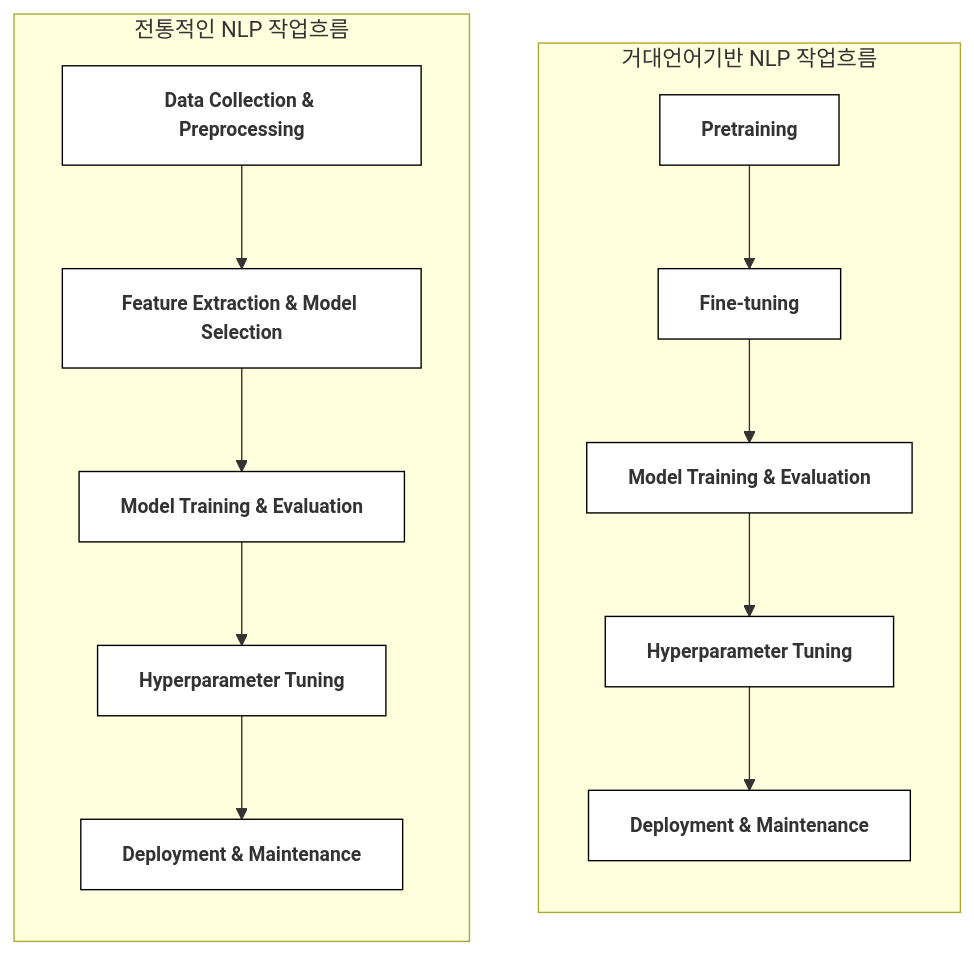
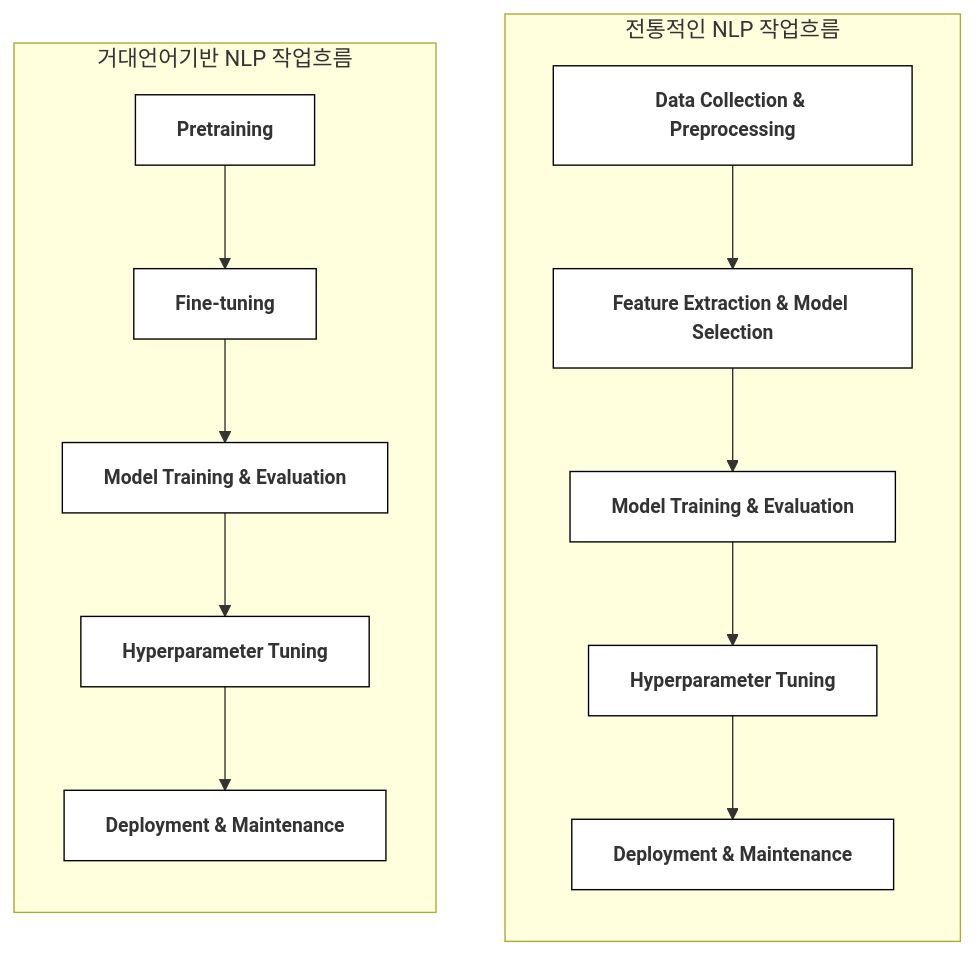
Before and after one commit to bit2r/chatGPT: the third of 4 diagrams in nlp_LLM.qmd, drawn with Mermaid. The commit also changed other lines of this file and 14 other files, not shown here.

````diff
--- a/nlp_LLM.qmd
+++ b/nlp_LLM.qmd
@@ -171,24 +176,24 @@
 ```{mermaid}
 graph TB
+
+subgraph "전통적인 NLP 작업흐름 <br>"
+direction TB
+  A1[Data Collection & Preprocessing] --> B1[Feature Extraction & Model Selection]
+  B1 --> C1[Model Training & Evaluation]
+  C1 --> D1[Hyperparameter Tuning]
+  D1 --> E1[Deployment & Maintenance]
+end
 
 subgraph "거대언어기반 NLP 작업흐름 <br>"
 direction TB
   A2[Pretraining] --> B2[Fine-tuning]
   B2 --> C2[Model Training & Evaluation]
   C2 --> D2[Hyperparameter Tuning]
   D2 --> E2[Deployment & Maintenance]
 end
 
-subgraph "전통적인 NLP 작업흐름 <br>"
-direction TB
-  A1[Data Collection & Preprocessing] --> B1[Feature Extraction & Model Selection]
-  B1 --> C1[Model Training & Evaluation]
-  C1 --> D1[Hyperparameter Tuning]
-  D1 --> E1[Deployment & Maintenance]
-end
-
 class A1,B1,C1,D1,E1,A2,B2,C2,D2,E2 nodeStyle
 
 classDef nodeStyle fill:#ffffff,stroke:#000000,stroke-width:1px,font-weight:bold,font-size:14px;
 
 ```
````
